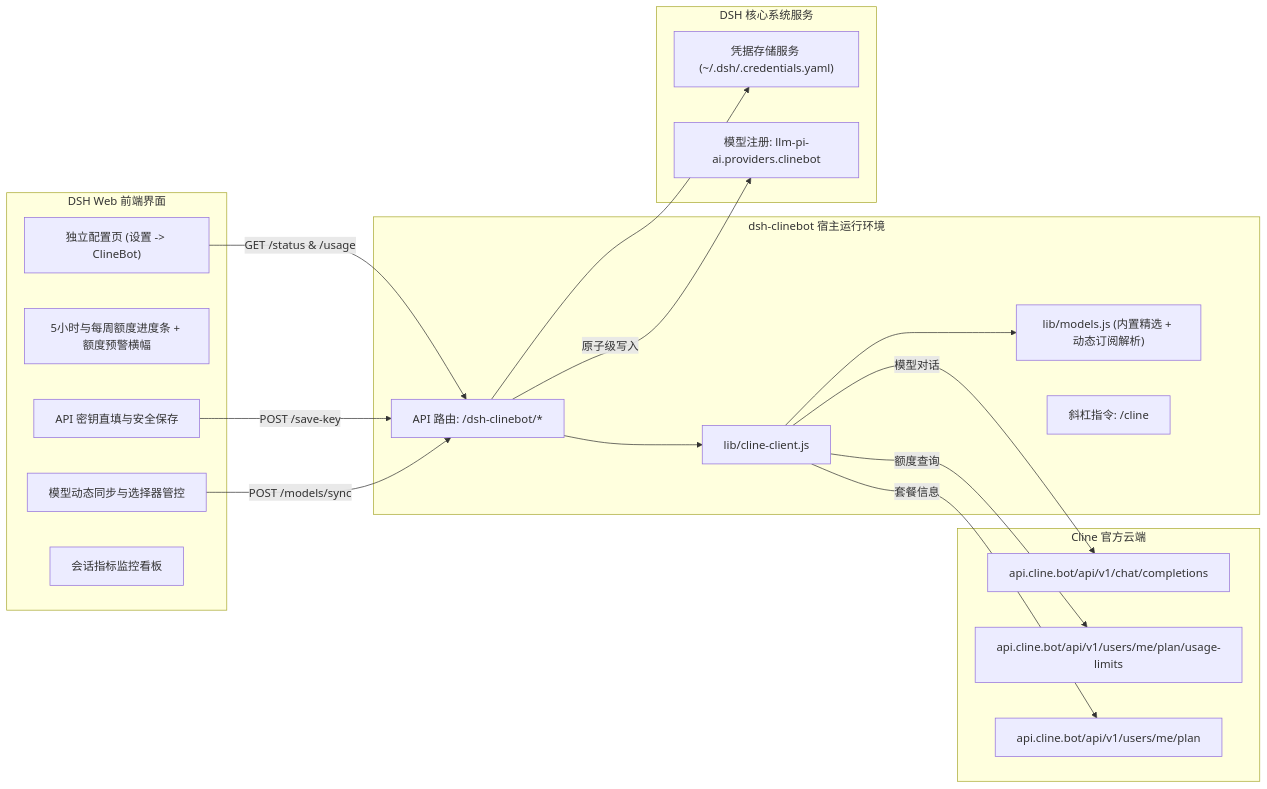
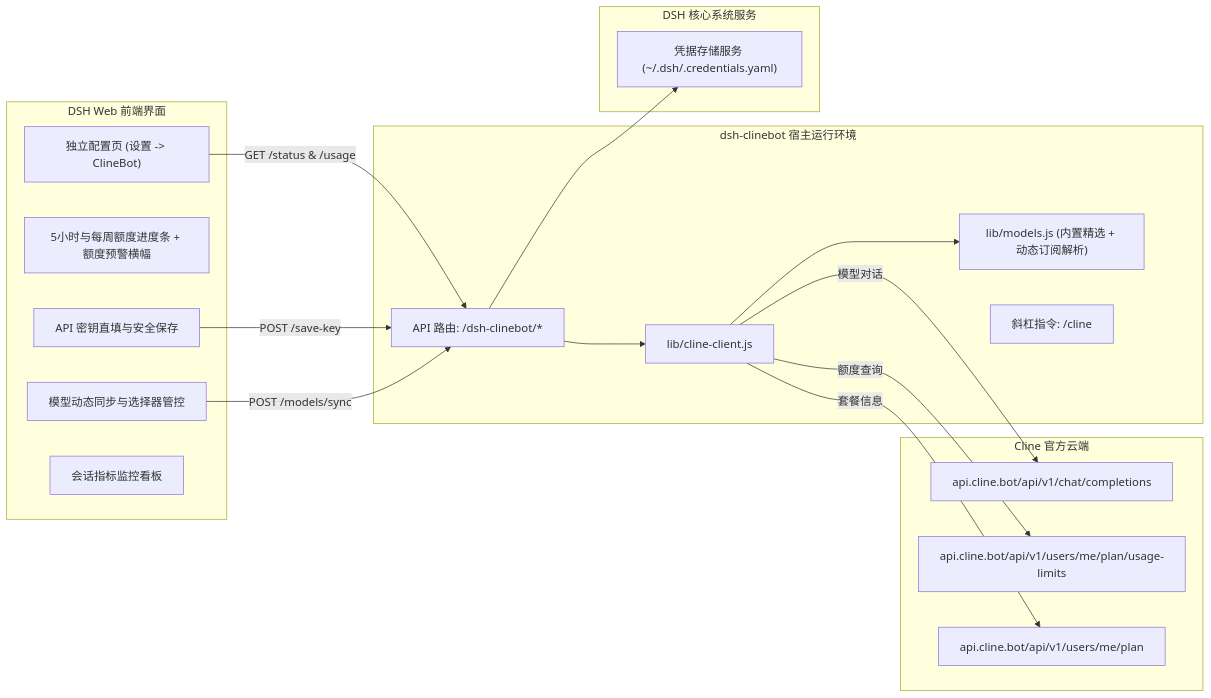
Before and after one commit to GooDAnDReaDY/dsh-clinebot: the diagram in README.zh.md, drawn with Mermaid. The commit also changed other lines of this file and 32 other files, not shown here.

````diff
--- a/README.zh.md
+++ b/README.zh.md
@@ -68,39 +68,37 @@
 ```mermaid
 graph LR
     subgraph UI [DSH Web 前端界面]
         Page["独立配置页 (设置 -> ClineBot)"]
         QuotaBar["5小时与每周额度进度条 + 额度预警横幅"]
         KeyInput["API 密钥直填与安全保存"]
         ModelPick["模型动态同步与选择器管控"]
         StatsCard["会话指标监控看板"]
     end
 
     subgraph PluginHost [dsh-clinebot 宿主运行环境]
         HttpEndpoints["API 路由: /dsh-clinebot/*"]
         ClientCore["lib/cline-client.js"]
         ModelCatalog["lib/models.js (内置精选 + 动态订阅解析)"]
         SlashCmd["斜杠指令: /cline"]
     end
 
     subgraph DSHCore [DSH 核心系统服务]
         Credentials["凭据存储服务 (~/.dsh/.credentials.yaml)"]
-        PiAi["模型注册: llm-pi-ai.providers.clinebot"]
     end
 
     subgraph Upstream [Cline 官方云端]
         ClinePass["api.cline.bot/api/v1/chat/completions"]
         ClineQuota["api.cline.bot/api/v1/users/me/plan/usage-limits"]
         ClinePlan["api.cline.bot/api/v1/users/me/plan"]
     end
 
     Page -->|GET /status & /usage| HttpEndpoints
     KeyInput -->|POST /save-key| HttpEndpoints
     ModelPick -->|POST /models/sync| HttpEndpoints
     HttpEndpoints --> Credentials
     HttpEndpoints --> ClientCore
     ClientCore --> ModelCatalog
-    HttpEndpoints -->|原子级写入| PiAi
     ClientCore -->|模型对话| ClinePass
     ClientCore -->|额度查询| ClineQuota
     ClientCore -->|套餐信息| ClinePlan
 ```
````
